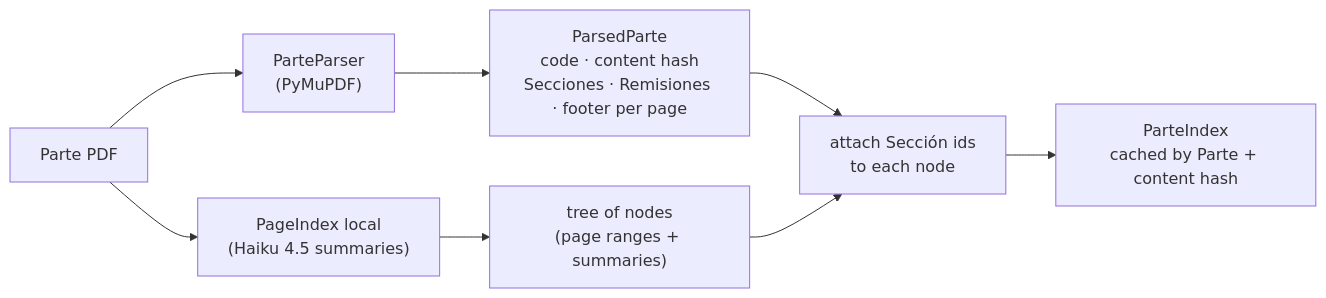
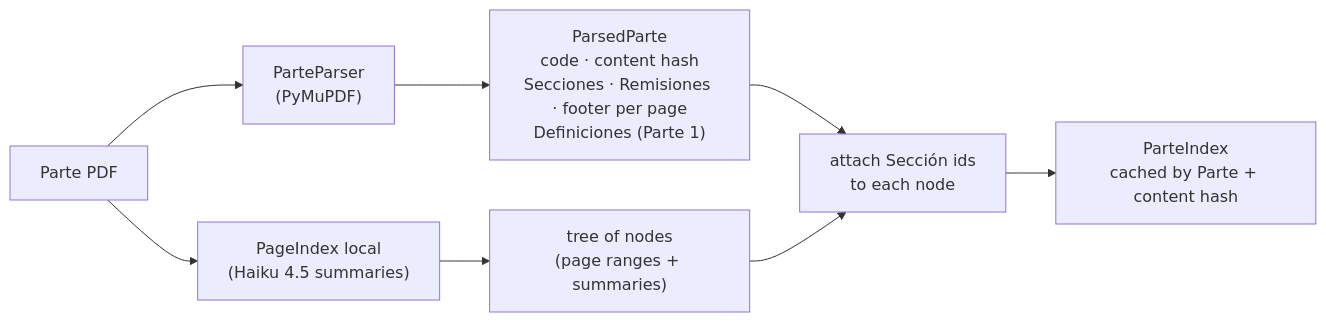
The diagram in docs/diagrams/indexing.mmd (Guernik/raac-rag), drawn with Mermaid before and after one commit. The commit also changed 19 other files, not shown here.

First line of the commit message:
feat: attach Parte 1 Definiciones as citable context (#47)

```diff
--- a/docs/diagrams/indexing.mmd
+++ b/docs/diagrams/indexing.mmd
@@ -1,8 +1,8 @@
 flowchart LR
     pdf["Parte PDF"] --> parse["ParteParser<br/>(PyMuPDF)"]
-    parse --> pp["ParsedParte<br/>code · content hash<br/>Secciones · Remisiones · footer per page"]
+    parse --> pp["ParsedParte<br/>code · content hash<br/>Secciones · Remisiones · footer per page<br/>Definiciones (Parte 1)"]
     pdf --> pi["PageIndex local<br/>(Haiku 4.5 summaries)"]
     pi --> tree["tree of nodes<br/>(page ranges + summaries)"]
     pp --> attach["attach Sección ids<br/>to each node"]
     tree --> attach
     attach --> idx["ParteIndex<br/>cached by Parte + content hash"]
```
